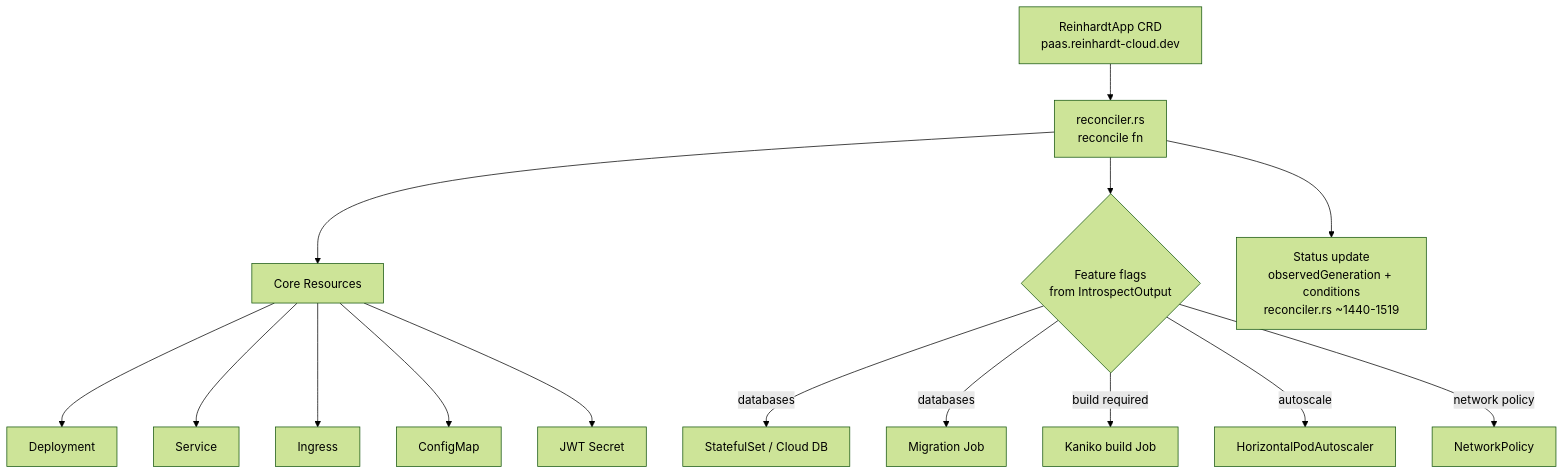
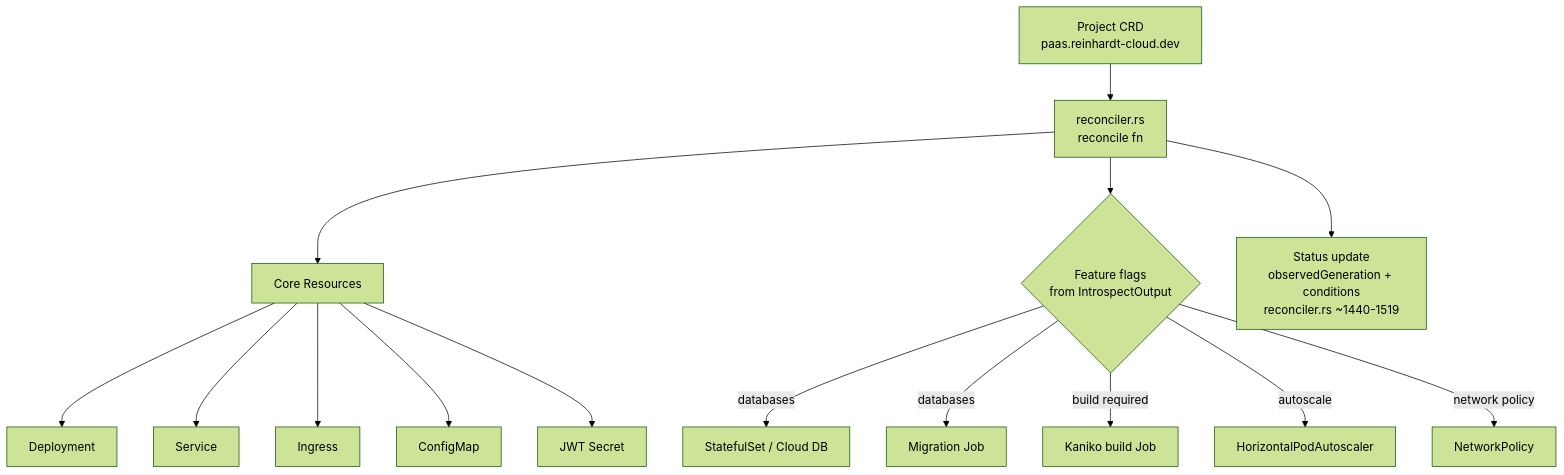
One commit to kent8192/reinhardt-cloud changed the second of 2 diagrams in docs/architecture/deployment-flow.md. Above: the diagram before and after it, drawn with Mermaid (forest theme). The commit also changed other lines of this file and 135 other files, not shown here.

First line of the commit message:
refactor!: rename user-facing app concepts to project

````diff
--- a/docs/architecture/deployment-flow.md
+++ b/docs/architecture/deployment-flow.md
@@ -170,21 +170,21 @@
 ```mermaid
 flowchart TD
-    CRD[ReinhardtApp CRD<br/>paas.reinhardt-cloud.dev]
+    CRD[Project CRD<br/>paas.reinhardt-cloud.dev]
     CRD --> Reconciler[reconciler.rs<br/>reconcile fn]
 
     Reconciler --> Core[Core Resources]
     Core --> Dep[Deployment]
     Core --> Svc[Service]
     Core --> Ing[Ingress]
     Core --> CM[ConfigMap]
     Core --> JWT[JWT Secret]
 
     Reconciler --> Features{Feature flags<br/>from IntrospectOutput}
     Features -->|databases| DB[StatefulSet / Cloud DB]
     Features -->|databases| MigrateJob[Migration Job]
     Features -->|build required| Kaniko[Kaniko build Job]
     Features -->|autoscale| HPA[HorizontalPodAutoscaler]
     Features -->|network policy| NP[NetworkPolicy]
 
     Reconciler --> Status[Status update<br/>observedGeneration + conditions<br/>reconciler.rs ~1440-1519]
 ```
````
